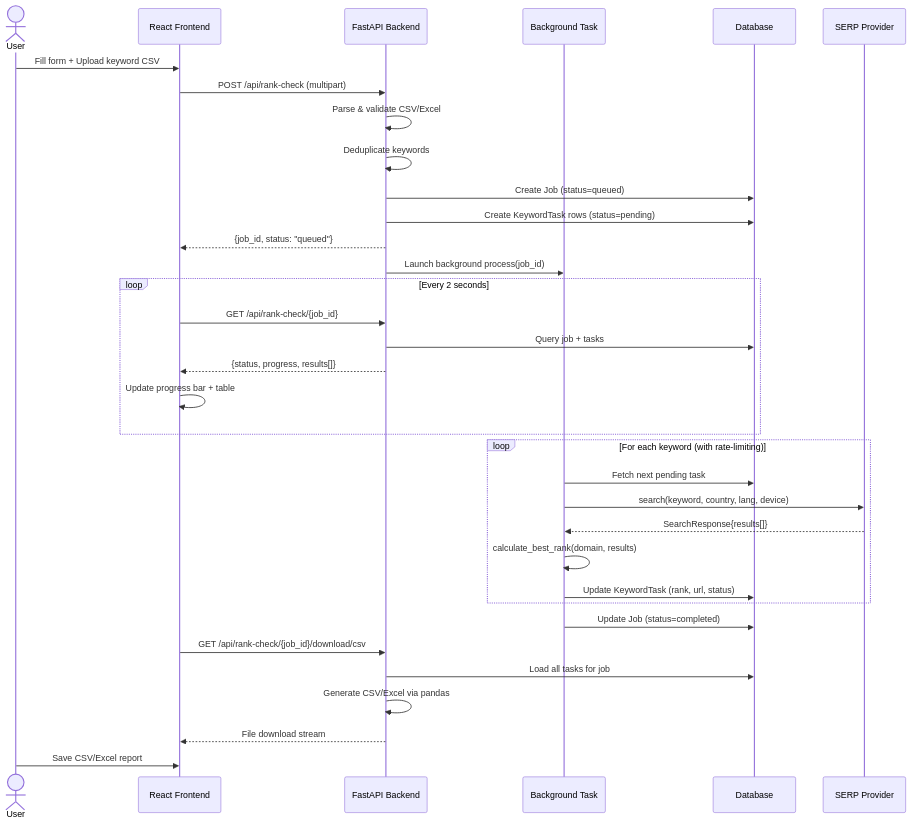
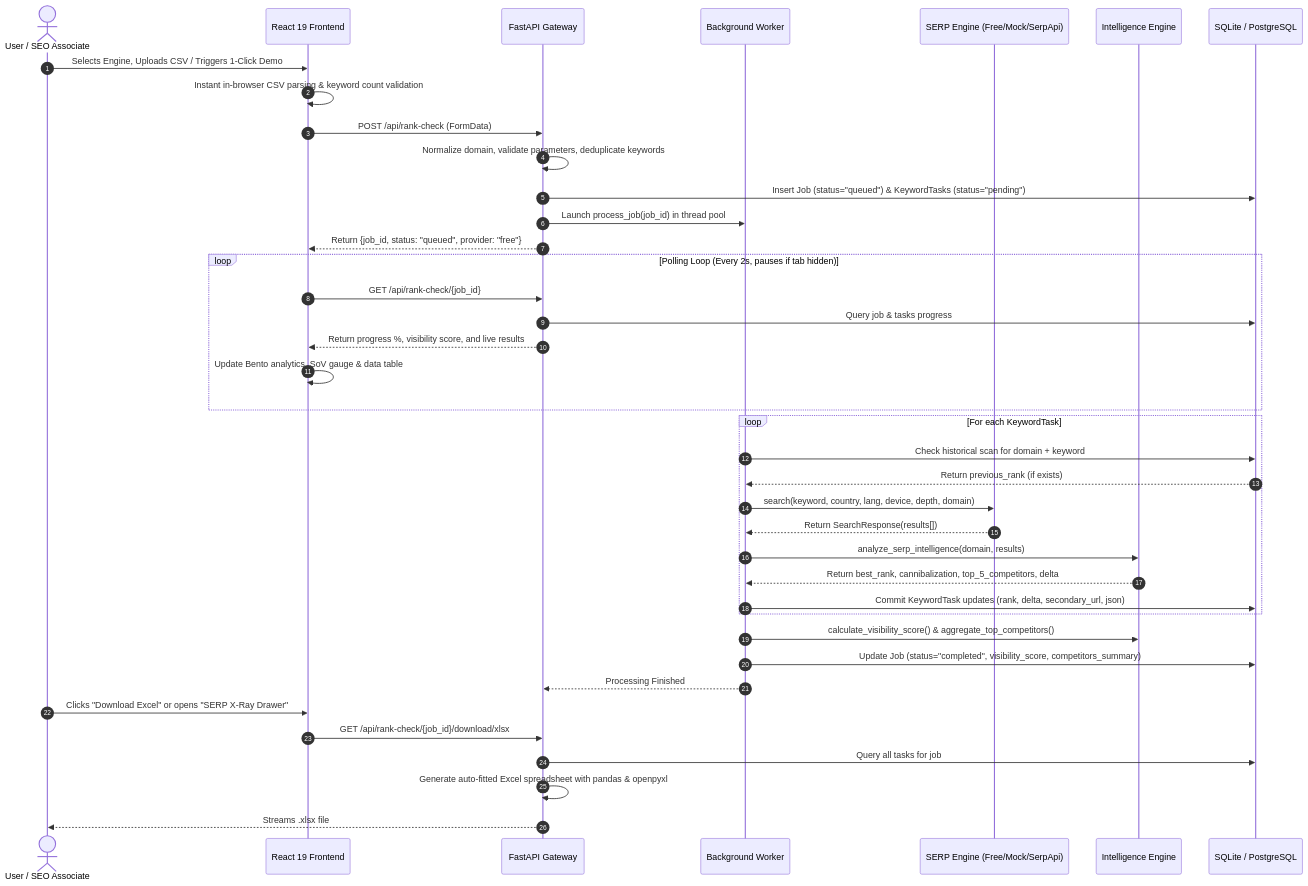
One commit to bhatadarsh/keyword-rank-tracker changed the second of 2 diagrams in README.md. Above: the diagram before and after it, drawn with Mermaid. The commit also changed other lines of this file and 32 other files, not shown here.

Commit message:
feat: upgrade NexusRank to v2.0 open-source zero-cost SEO intelligence suite

````diff
--- a/README.md
+++ b/README.md
@@ -198,40 +157,46 @@
 ```mermaid
 sequenceDiagram
-    actor User
-    participant UI as React Frontend
-    participant API as FastAPI Backend
-    participant BG as Background Task
-    participant DB as Database
-    participant SERP as SERP Provider
+    autonumber
+    actor User as User / SEO Associate
+    participant UI as React 19 Frontend
+    participant API as FastAPI Gateway
+    participant Worker as Background Worker
+    participant Provider as SERP Engine (Free/Mock/SerpApi)
+    participant Intel as Intelligence Engine
+    participant DB as SQLite / PostgreSQL
 
-    User->>UI: Fill form + Upload keyword CSV
-    UI->>API: POST /api/rank-check (multipart)
-    API->>API: Parse & validate CSV/Excel
-    API->>API: Deduplicate keywords
-    API->>DB: Create Job (status=queued)
-    API->>DB: Create KeywordTask rows (status=pending)
-    API-->>UI: {job_id, status: "queued"}
-    API->>BG: Launch background process(job_id)
+    User->>UI: Selects Engine, Uploads CSV / Triggers 1-Click Demo
+    UI->>UI: Instant in-browser CSV parsing & keyword count validation
+    UI->>API: POST /api/rank-check (FormData)
+    API->>API: Normalize domain, validate parameters, deduplicate keywords
+    API->>DB: Insert Job (status="queued") & KeywordTasks (status="pending")
+    API->>Worker: Launch process_job(job_id) in thread pool
+    API-->>UI: Return {job_id, status: "queued", provider: "free"}
 
-    loop Every 2 seconds
+    loop Polling Loop (Every 2s, pauses if tab hidden)
         UI->>API: GET /api/rank-check/{job_id}
-        API->>DB: Query job + tasks
-        API-->>UI: {status, progress, results[]}
-        UI->>UI: Update progress bar + table
+        API->>DB: Query job & tasks progress
+        API-->>UI: Return progress %, visibility score, and live results
+        UI->>UI: Update Bento analytics, SoV gauge & data table
     end
 
-    loop For each keyword (with rate-limiting)
-        BG->>DB: Fetch next pending task
-        BG->>SERP: search(keyword, country, lang, device)
-        SERP-->>BG: SearchResponse{results[]}
-        BG->>BG: calculate_best_rank(domain, results)
-        BG->>DB: Update KeywordTask (rank, url, status)
+    loop For each KeywordTask
+        Worker->>DB: Check historical scan for domain + keyword
+        DB-->>Worker: Return previous_rank (if exists)
+        Worker->>Provider: search(keyword, country, lang, device, depth, domain)
+        Provider-->>Worker: Return SearchResponse(results[])
+        Worker->>Intel: analyze_serp_intelligence(domain, results)
+        Intel-->>Worker: Return best_rank, cannibalization, top_5_competitors, delta
+        Worker->>DB: Commit KeywordTask updates (rank, delta, secondary_url, json)
     end
 
-    BG->>DB: Update Job (status=completed)
-    UI->>API: GET /api/rank-check/{job_id}/download/csv
-    API->>DB: Load all tasks for job
-    API->>API: Generate CSV/Excel via pandas
-    API-->>UI: File download stream
-    User->>UI: Save CSV/Excel report
+    Worker->>Intel: calculate_visibility_score() & aggregate_top_competitors()
+    Worker->>DB: Update Job (status="completed", visibility_score, competitors_summary)
+    Worker-->>API: Processing Finished
+
+    User->>UI: Clicks "Download Excel" or opens "SERP X-Ray Drawer"
+    UI->>API: GET /api/rank-check/{job_id}/download/xlsx
+    API->>DB: Query all tasks for job
+    API->>API: Generate auto-fitted Excel spreadsheet with pandas & openpyxl
+    API-->>User: Streams .xlsx file
 ```
````
